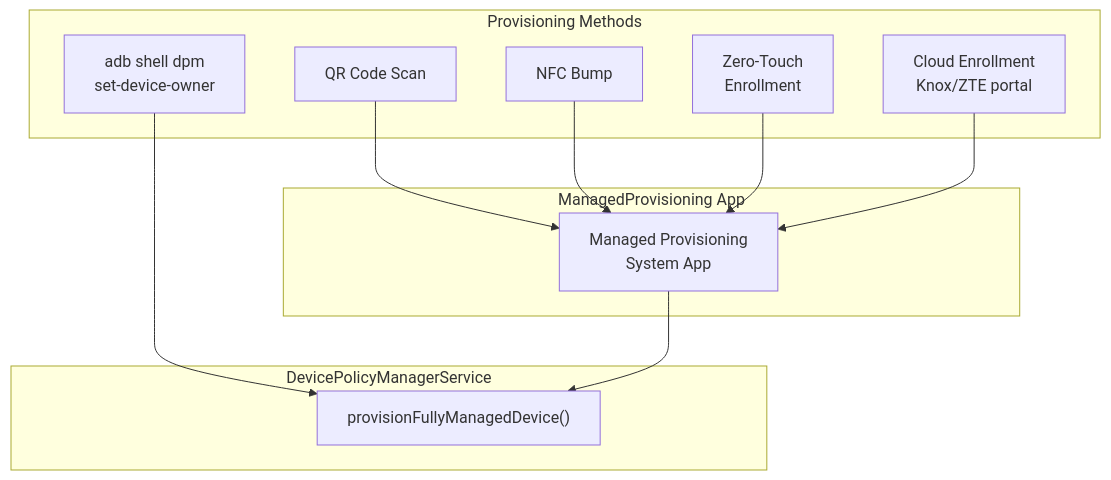
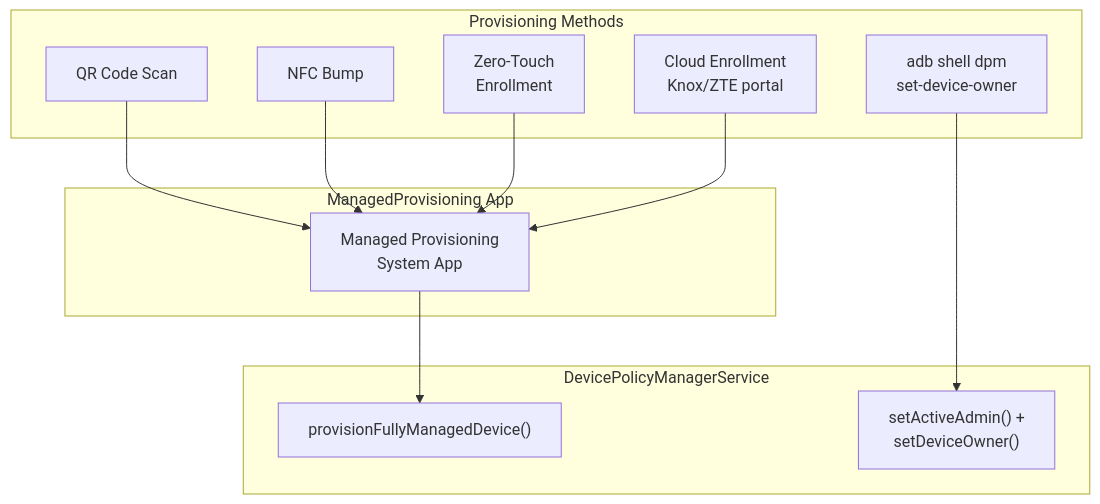
One commit to aospbooks/aosp-internal-book changed diagram 19 of 30 in agents/claude/skills/aosp-device-support/61-device-policy.md. Above: the diagram before and after it, drawn with Mermaid. The commit also changed other lines of this file and 218 other files, not shown here.

````diff
--- a/agents/claude/skills/aosp-device-support/61-device-policy.md
+++ b/agents/claude/skills/aosp-device-support/61-device-policy.md
@@ -2068,25 +2092,26 @@
 ```mermaid
 graph TB
     subgraph "Provisioning Methods"
         QR[QR Code Scan]
         NFC[NFC Bump]
         ZTE["Zero-Touch<br/>Enrollment"]
         ADB["adb shell dpm<br/>set-device-owner"]
         CLOUD["Cloud Enrollment<br/>Knox/ZTE portal"]
     end
 
     subgraph "ManagedProvisioning App"
         MP["Managed Provisioning<br/>System App"]
     end
 
     subgraph "DevicePolicyManagerService"
         DPMS_PROV["provisionFullyManagedDevice()"]
+        DPMS_SHELL["setActiveAdmin() +<br/>setDeviceOwner()"]
     end
 
     QR --> MP
     NFC --> MP
     ZTE --> MP
-    ADB --> DPMS_PROV
+    ADB --> DPMS_SHELL
     CLOUD --> MP
     MP --> DPMS_PROV
 ```
````
